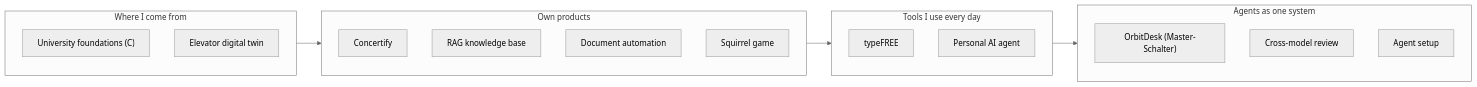
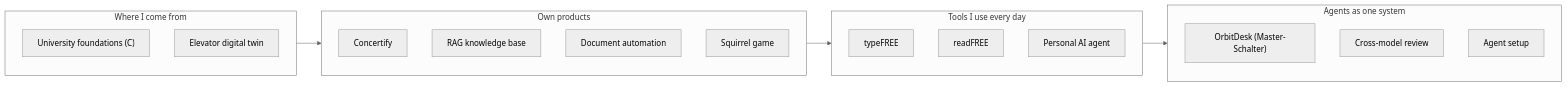
The second of 2 diagrams in README.md (HeartledAgentEngineer/agentic-ai-software-engineering), drawn with Mermaid (neutral theme) before and after one commit. The commit also changed other lines of this file and 16 other files, not shown here.

First line of the commit message:
feat(readfree): add readFREE, the read-aloud counterpart to typeFREE

````diff
--- a/README.md
+++ b/README.md
@@ -81,23 +82,24 @@
 ```mermaid
 graph LR
     subgraph OT["Where I come from"]
         U["University foundations (C)"]
         E["Elevator digital twin"]
     end
     subgraph Products["Own products"]
         C["Concertify"]
         R["RAG knowledge base"]
         D["Document automation"]
         S["Squirrel game"]
     end
     subgraph Daily["Tools I use every day"]
         T["typeFREE"]
+        L["readFREE"]
         P["Personal AI agent"]
     end
     subgraph System["Agents as one system"]
         M["OrbitDesk (Master-Schalter)"]
         X["Cross-model review"]
         A["Agent setup"]
     end
     OT --> Products --> Daily --> System
 ```
````
